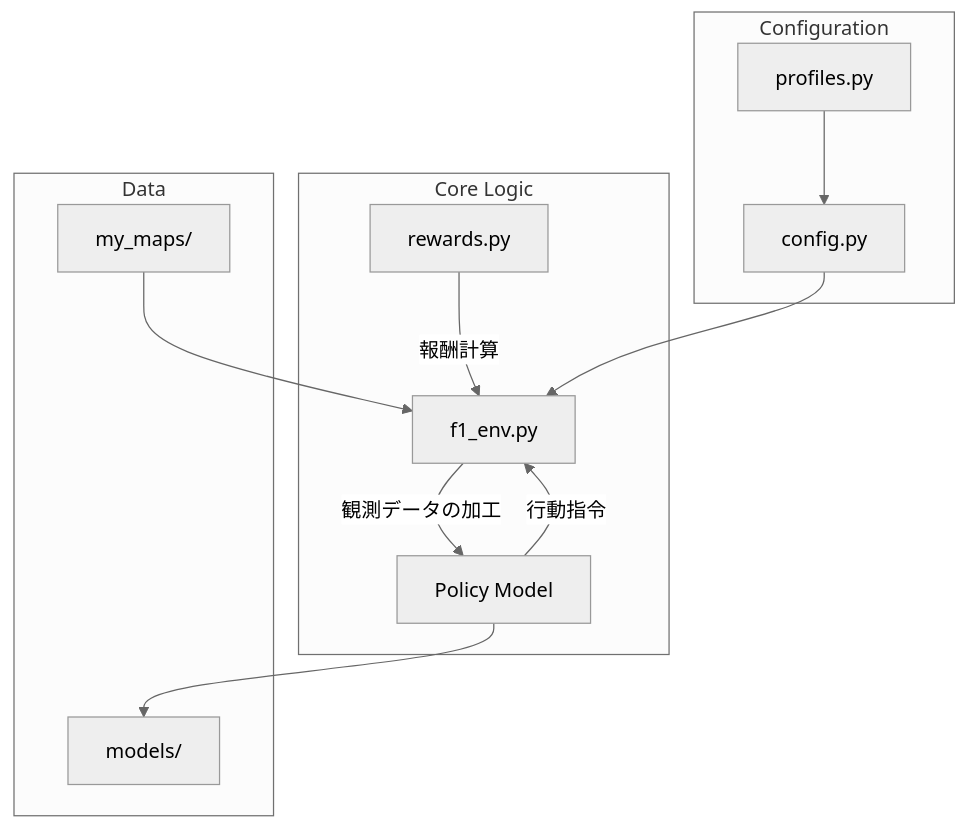
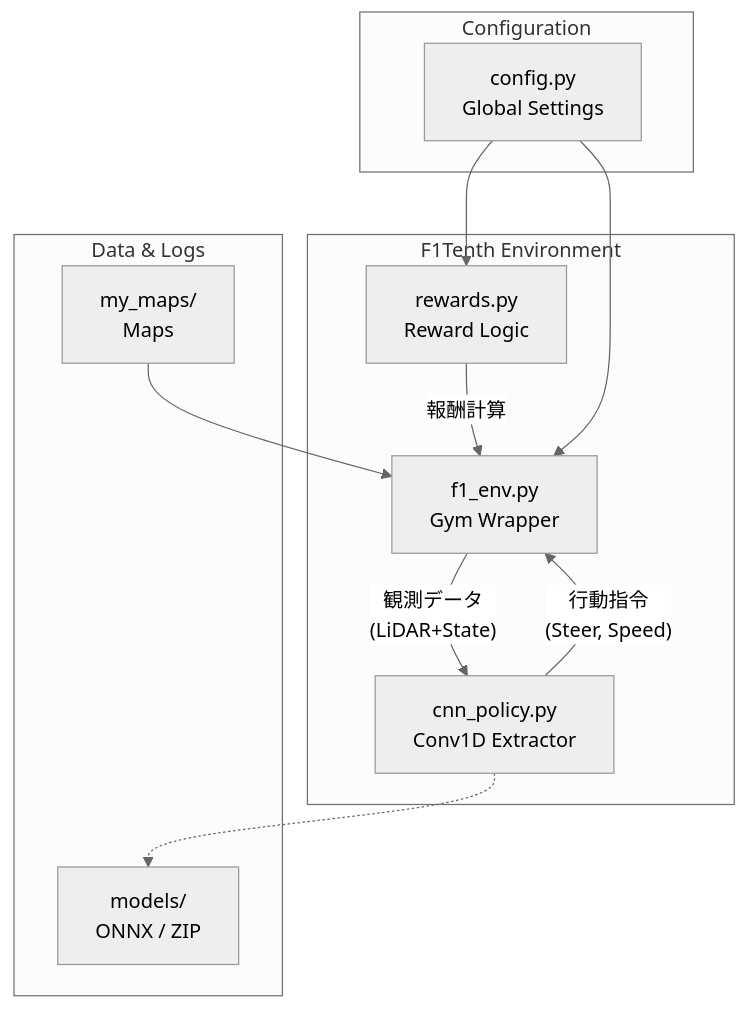
Before and after one commit to 775yuta-droid/f1tenth-rl-project: the diagram in README.md, drawn with Mermaid (neutral theme). The commit also changed other lines of this file and 2 other files, not shown here.

````diff
--- a/README.md
+++ b/README.md
@@ -18,16 +31,16 @@
 ```mermaid
 graph TD
-    subgraph Core Logic
-        A[f1_env.py] -- 観測データの加工 --> B[Policy Model]
-        B -- 行動指令 --> A
-        C[rewards.py] -- 報酬計算 --> A
+    subgraph F1Tenth Environment
+        A[f1_env.py<br/>Gym Wrapper] -- 観測データ<br/>(LiDAR+State) --> B[cnn_policy.py<br/>Conv1D Extractor]
+        B -- 行動指令<br/>(Steer, Speed) --> A
+        C[rewards.py<br/>Reward Logic] -- 報酬計算 --> A
     end
     subgraph Configuration
-        D[config.py] --> A
-        E[profiles.py] --> D
+        D[config.py<br/>Global Settings] --> A
+        D --> C
     end
-    subgraph Data
-        F[my_maps/] --> A
-        B --> G[models/]
+    subgraph Data & Logs
+        F[my_maps/<br/>Maps] --> A
+        B -.-> G[models/<br/>ONNX / ZIP]
     end
 ```
````
